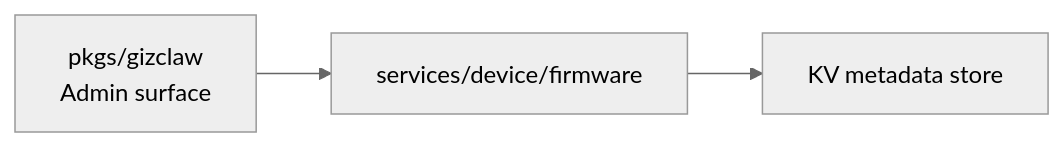
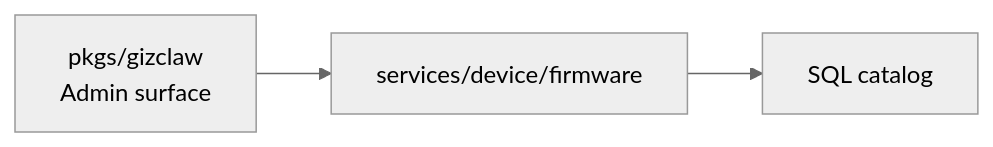
Before and after one commit to GizClaw/gizclaw: the diagram in guides/en/developing/gizclaw/services/device.md, drawn with Mermaid (neutral theme). The commit also changed other lines of this file and 1102 other files, not shown here.

Commit message:
store: replace KV enumeration with indexed Redis and business SQL tables

````diff
--- a/guides/en/developing/gizclaw/services/device.md
+++ b/guides/en/developing/gizclaw/services/device.md
@@ -24,5 +24,5 @@
 ```mermaid
 flowchart LR
     GizClaw["pkgs/gizclaw<br/>Admin surface"] --> Firmware["services/device/firmware"]
-    Firmware --> KV["KV metadata store"]
+    Firmware --> SQL["SQL catalog"]
 ```
````
